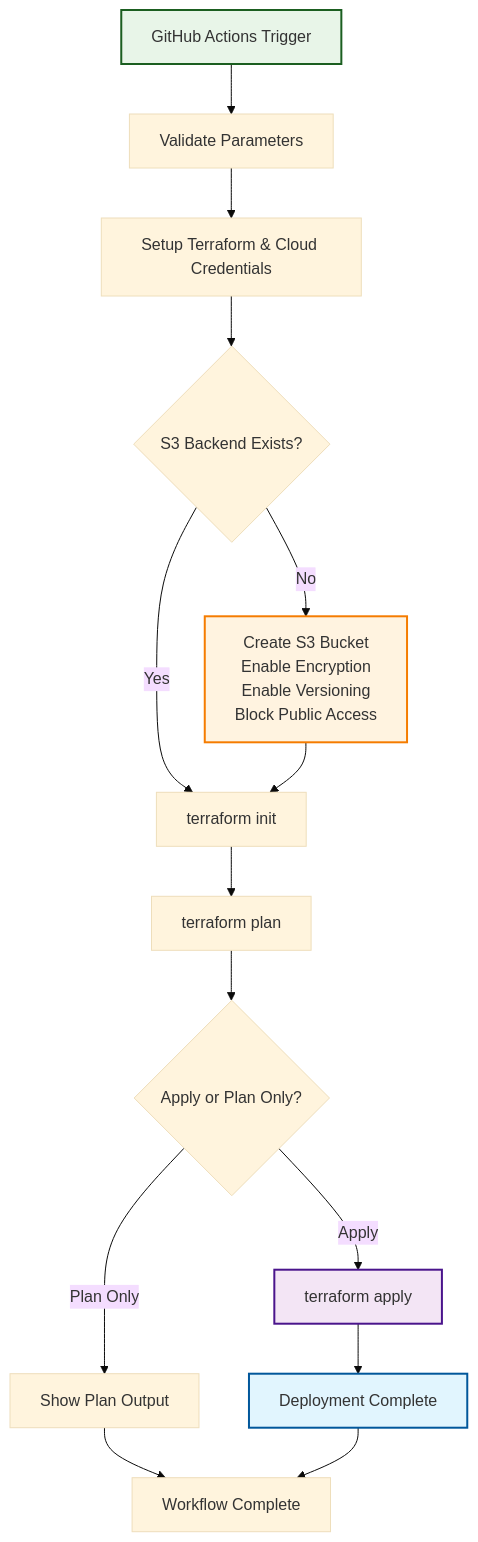
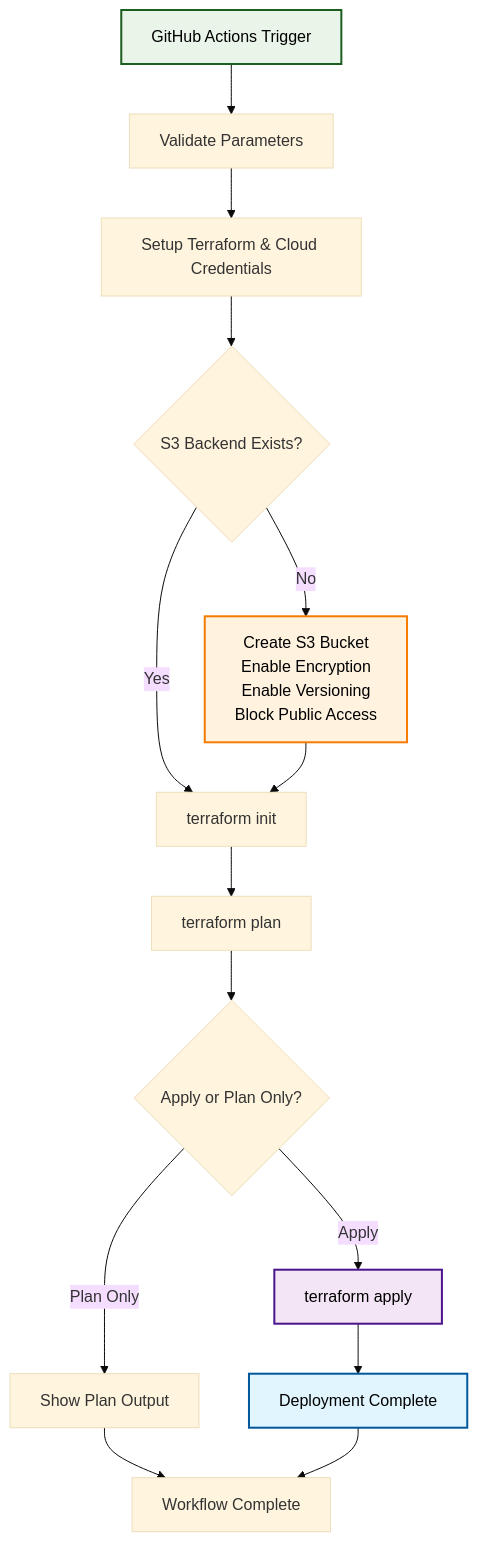
One commit to mosip/infra changed the second of 3 diagrams in .github/workflows/README.md. Above: the diagram before and after it, drawn with Mermaid (base theme). The commit also changed other lines of this file and 14 other files, not shown here.

````diff
--- a/.github/workflows/README.md
+++ b/.github/workflows/README.md
@@ -88,25 +88,25 @@
 ```mermaid
 graph TD
     START[GitHub Actions Trigger] --> VALIDATE[Validate Parameters]
     VALIDATE --> SETUP[Setup Terraform & Cloud Credentials]
     SETUP --> S3CHECK{S3 Backend Exists?}
     
     S3CHECK -->|No| CREATES3[Create S3 Bucket<br/>Enable Encryption<br/>Enable Versioning<br/>Block Public Access]
     S3CHECK -->|Yes| INIT[terraform init]
     CREATES3 --> INIT
     
     INIT --> PLAN[terraform plan]
     PLAN --> DECISION{Apply or Plan Only?}
     
     DECISION -->|Plan Only| OUTPUT[Show Plan Output]
     DECISION -->|Apply| APPLY[terraform apply]
     
     APPLY --> SUCCESS[Deployment Complete]
     OUTPUT --> COMPLETE[Workflow Complete]
     SUCCESS --> COMPLETE
     
-    style START fill:#e8f5e8,stroke:#1b5e20,stroke-width:2px
-    style CREATES3 fill:#fff3e0,stroke:#f57c00,stroke-width:2px
-    style APPLY fill:#f3e5f5,stroke:#4a148c,stroke-width:2px
-    style SUCCESS fill:#e1f5fe,stroke:#01579b,stroke-width:2px
+    style START fill:#e8f5e8,stroke:#1b5e20,stroke-width:2px,color:#000000
+    style CREATES3 fill:#fff3e0,stroke:#f57c00,stroke-width:2px,color:#000000
+    style APPLY fill:#f3e5f5,stroke:#4a148c,stroke-width:2px,color:#000000
+    style SUCCESS fill:#e1f5fe,stroke:#01579b,stroke-width:2px,color:#000000
 ```
````
